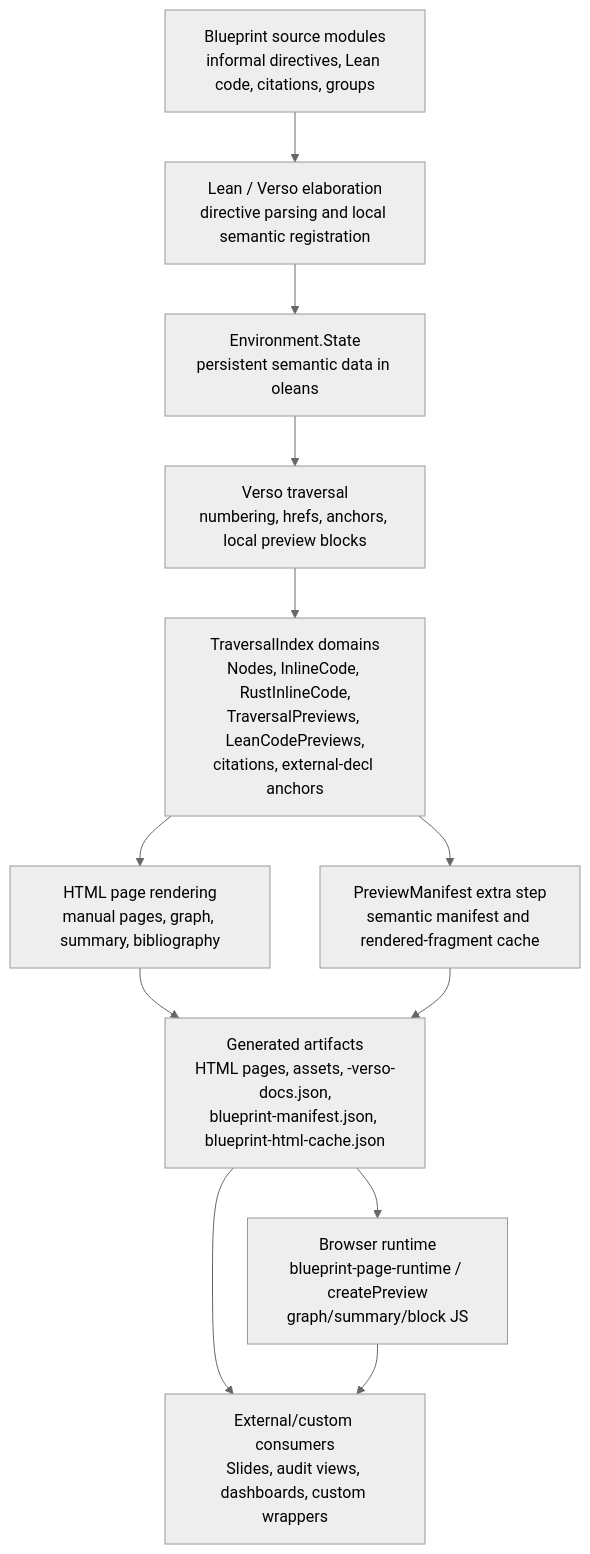
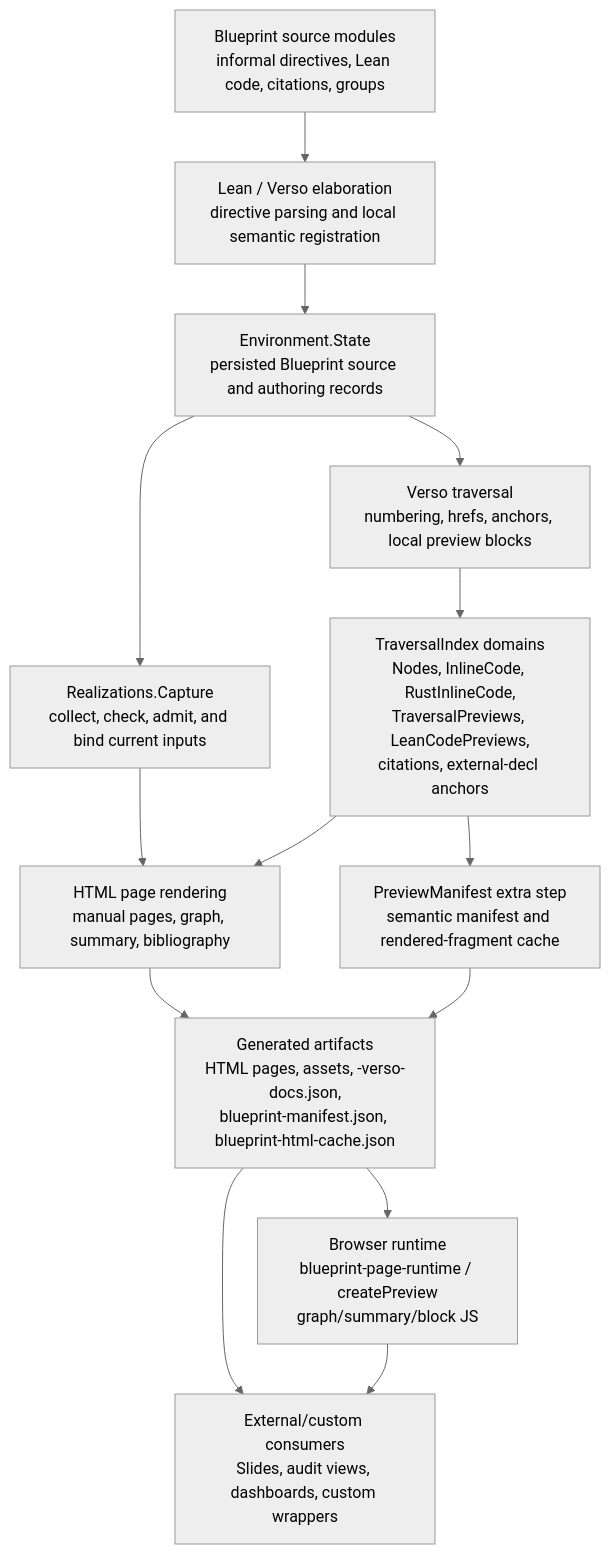
The first of 3 diagrams in doc/DESIGN_RATIONALE.md (leanprover/verso-blueprint), drawn with Mermaid (neutral theme) before and after one commit. The commit also changed other lines of this file and 22 other files, not shown here.

````diff
--- a/doc/DESIGN_RATIONALE.md
+++ b/doc/DESIGN_RATIONALE.md
@@ -219,25 +219,28 @@
 ```mermaid
 flowchart TD
   source["Blueprint source modules<br/>informal directives, Lean code, citations, groups"]
   elab["Lean / Verso elaboration<br/>directive parsing and local semantic registration"]
-  env["Environment.State<br/>persistent semantic data in oleans"]
+  env["Environment.State<br/>persisted Blueprint source and authoring records"]
+  capture["Realizations.Capture<br/>collect, check, admit, and bind current inputs"]
   traverse["Verso traversal<br/>numbering, hrefs, anchors, local preview blocks"]
   indexes["TraversalIndex domains<br/>Nodes, InlineCode, RustInlineCode,<br/>TraversalPreviews, LeanCodePreviews,<br/>citations, external-decl anchors"]
   render["HTML page rendering<br/>manual pages, graph, summary, bibliography"]
   manifest["PreviewManifest extra step<br/>semantic manifest and rendered-fragment cache"]
   artifacts["Generated artifacts<br/>HTML pages, assets, -verso-docs.json,<br/>blueprint-manifest.json, blueprint-html-cache.json"]
   browser["Browser runtime<br/>blueprint-page-runtime / createPreview<br/>graph/summary/block JS"]
   consumers["External/custom consumers<br/>Slides, audit views, dashboards, custom wrappers"]
 
   source --> elab
   elab --> env
   env --> traverse
+  env --> capture
+  capture --> render
   traverse --> indexes
   indexes --> render
   indexes --> manifest
   render --> artifacts
   manifest --> artifacts
   artifacts --> browser
   artifacts --> consumers
   browser --> consumers
 ```
````
